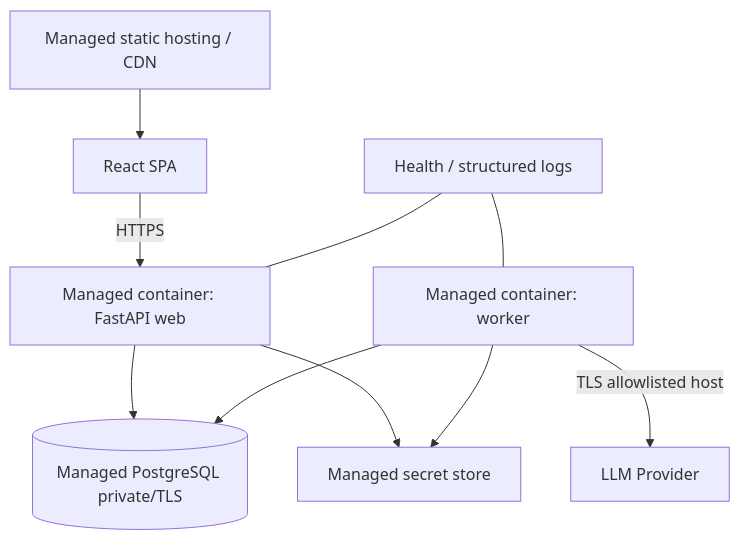
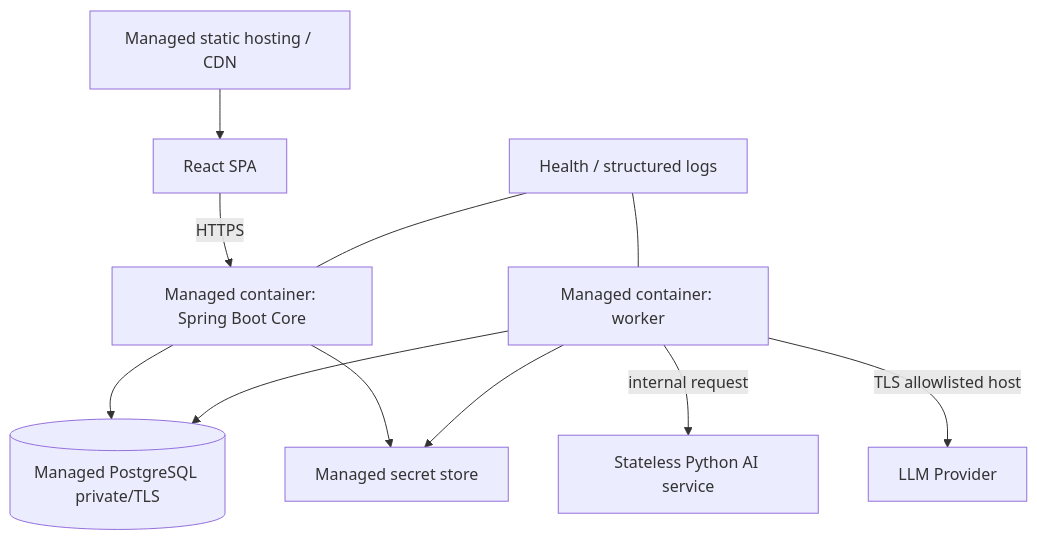
One commit to FINSEC-SEAL/FINSEC-SEAL-BE changed the seventh of 7 diagrams in docs/predev/08_SYSTEM_ARCHITECTURE.md. Above: the diagram before and after it, drawn with Mermaid. The commit also changed other lines of this file and 3 other files, not shown here.

````diff
--- a/docs/predev/08_SYSTEM_ARCHITECTURE.md
+++ b/docs/predev/08_SYSTEM_ARCHITECTURE.md
@@ -199,12 +200,13 @@
 ```mermaid
 flowchart TB
   CDN["Managed static hosting / CDN"] --> SPA["React SPA"]
-  SPA -->|HTTPS| API["Managed container: FastAPI web"]
+  SPA -->|HTTPS| API["Managed container: Spring Boot Core"]
   API --> PG[("Managed PostgreSQL private/TLS")]
   Worker["Managed container: worker"] --> PG
+  Worker -->|internal request| AI["Stateless Python AI service"]
   Worker -->|TLS allowlisted host| LLM["LLM Provider"]
   API --> Secrets["Managed secret store"]
   Worker --> Secrets
   Monitor["Health / structured logs"] --- API
   Monitor --- Worker
 ```
````
